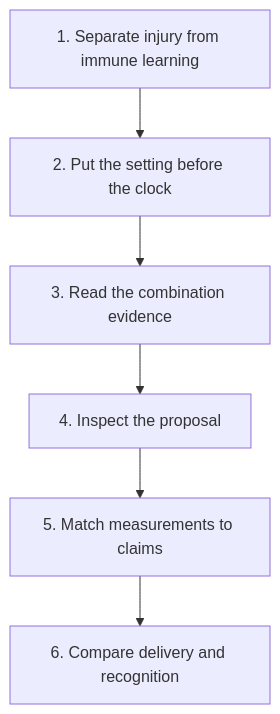
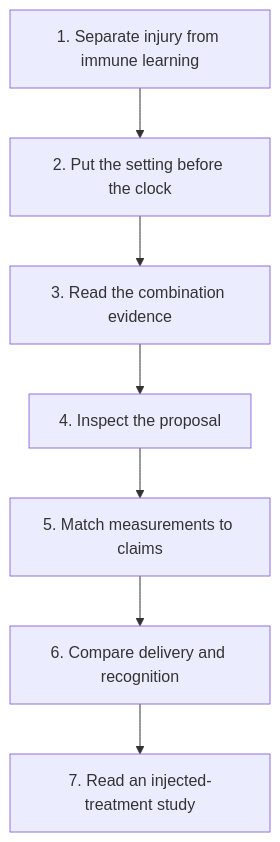
The diagram in wiki/education/guides/local-therapy-and-the-immune-system/index.md (jasonLaster/oncoguide), drawn with Mermaid before and after one commit. The commit also changed other lines of this file and 54 other files, not shown here.

````diff
--- a/wiki/education/guides/local-therapy-and-the-immune-system/index.md
+++ b/wiki/education/guides/local-therapy-and-the-immune-system/index.md
@@ -35,8 +35,9 @@
 ```mermaid
 flowchart TD
   A[1. Separate injury from immune learning] --> B[2. Put the setting before the clock]
   B --> C[3. Read the combination evidence]
   C --> D[4. Inspect the proposal]
   D --> E[5. Match measurements to claims]
   E --> F[6. Compare delivery and recognition]
+  F --> G[7. Read an injected-treatment study]
 ```
````
